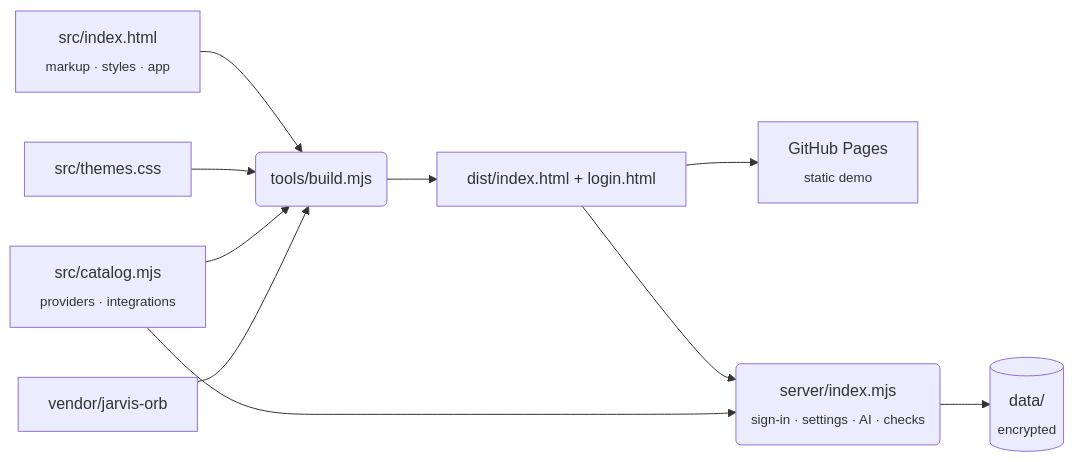
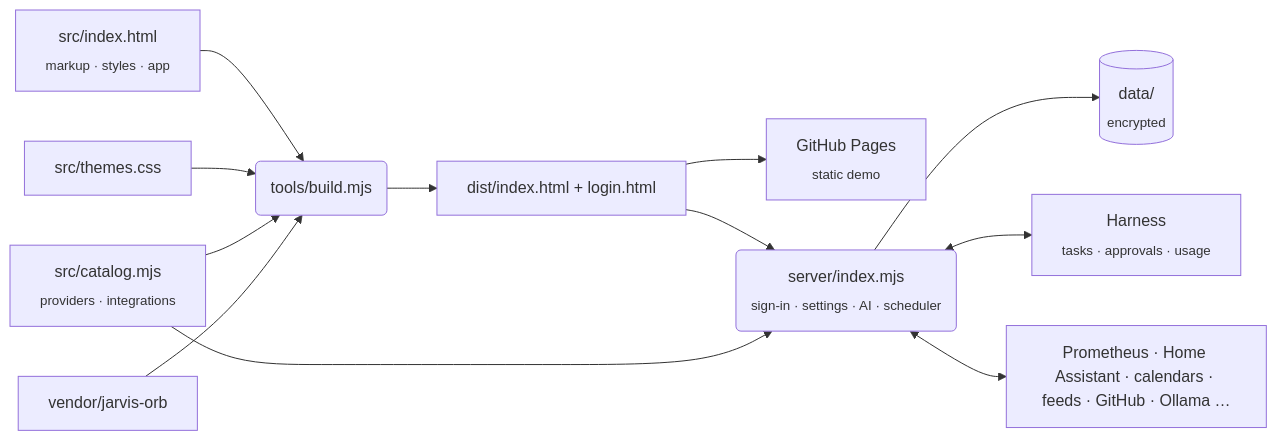
The diagram in README.md (schpeterzon/center-dashboard), drawn with Mermaid before and after one commit. The commit also changed other lines of this file and 23 other files, not shown here.

````diff
--- a/README.md
+++ b/README.md
@@ -181,12 +226,14 @@
 ```mermaid
 flowchart LR
   A[src/index.html<br/><sub>markup · styles · app</sub>] --> B(tools/build.mjs)
   T[src/themes.css] --> B
   C[src/catalog.mjs<br/><sub>providers · integrations</sub>] --> B
   O[vendor/jarvis-orb] --> B
   B --> D[dist/index.html + login.html]
   D --> P[GitHub Pages<br/><sub>static demo</sub>]
-  D --> S(server/index.mjs<br/><sub>sign-in · settings · AI · checks</sub>)
+  D --> S(server/index.mjs<br/><sub>sign-in · settings · AI · scheduler</sub>)
   C --> S
   S --> X[(data/<br/><sub>encrypted</sub>)]
+  S <--> H[Harness<br/><sub>tasks · approvals · usage</sub>]
+  S <--> Q[Prometheus · Home Assistant · calendars · feeds · GitHub · Ollama …]
 ```
````
